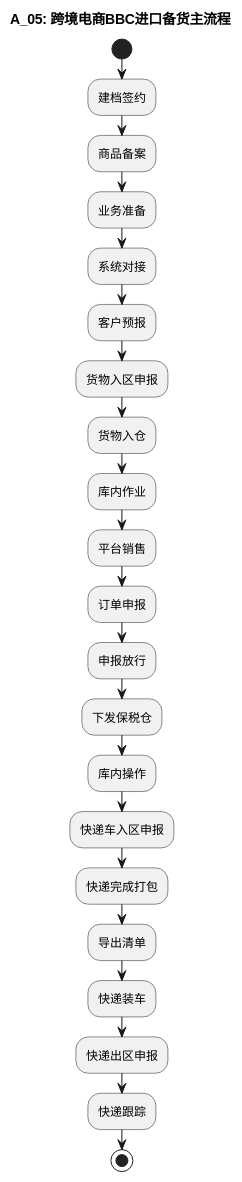
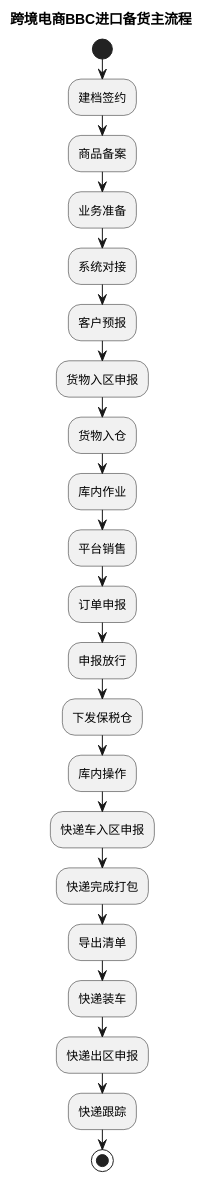
One commit to jack888332/projects-doc changed the sixth of 6 diagrams in product-caliber/goldjet/segmented-prd/mainflow/PRD.高捷物流系统一期.主流程.01.业务模式主流程总览.md. Above: the diagram before and after it, drawn with PlantUML. The commit also changed other lines of this file and 59 other files, not shown here.

````diff
--- a/product-caliber/goldjet/segmented-prd/mainflow/PRD.高捷物流系统一期.主流程.01.业务模式主流程总览.md
+++ b/product-caliber/goldjet/segmented-prd/mainflow/PRD.高捷物流系统一期.主流程.01.业务模式主流程总览.md
@@ -183,26 +166,26 @@
 ```plantuml
 @startuml
-title A_05: 跨境电商BBC进口备货主流程
+title 跨境电商BBC进口备货主流程
 start
 :建档签约;
 :商品备案;
 :业务准备;
 :系统对接;
 :客户预报;
 :货物入区申报;
 :货物入仓;
 :库内作业;
 :平台销售;
 :订单申报;
 :申报放行;
 :下发保税仓;
 :库内操作;
 :快递车入区申报;
 :快递完成打包;
 :导出清单;
 :快递装车;
 :快递出区申报;
 :快递跟踪;
 stop
 @enduml
 ```
````
